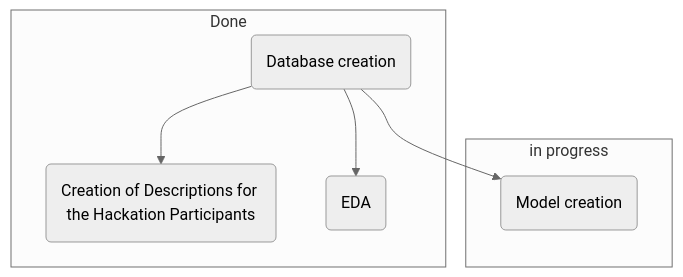
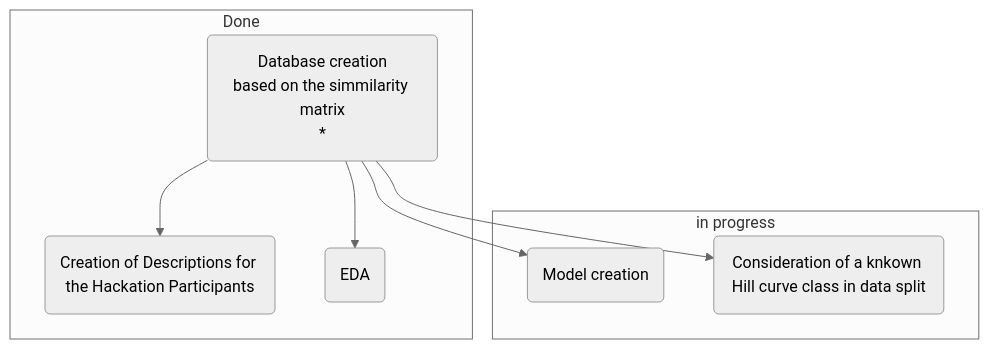
One commit to SFGLab/Team9_Toxicological_Profiles changed the second of 2 diagrams in README.md. Above: the diagram before and after it, drawn with Mermaid (neutral theme).

````diff
--- a/README.md
+++ b/README.md
@@ -91,11 +91,12 @@
 ```mermaid
 flowchart TD;
     subgraph Done
-        A(Database creation) --> B(Creation of Descriptions for the Hackation Participants);
+        A("Database creation<br>based on the simmilarity matrix<br>*") --> B(Creation of Descriptions for the Hackation Participants);
         A --> C(EDA)
     end
 
     subgraph in progress
      A --> D(Model creation);
+     A --> E(Consideration of a knkown Hill curve class in data split)
     end
 ```
````
